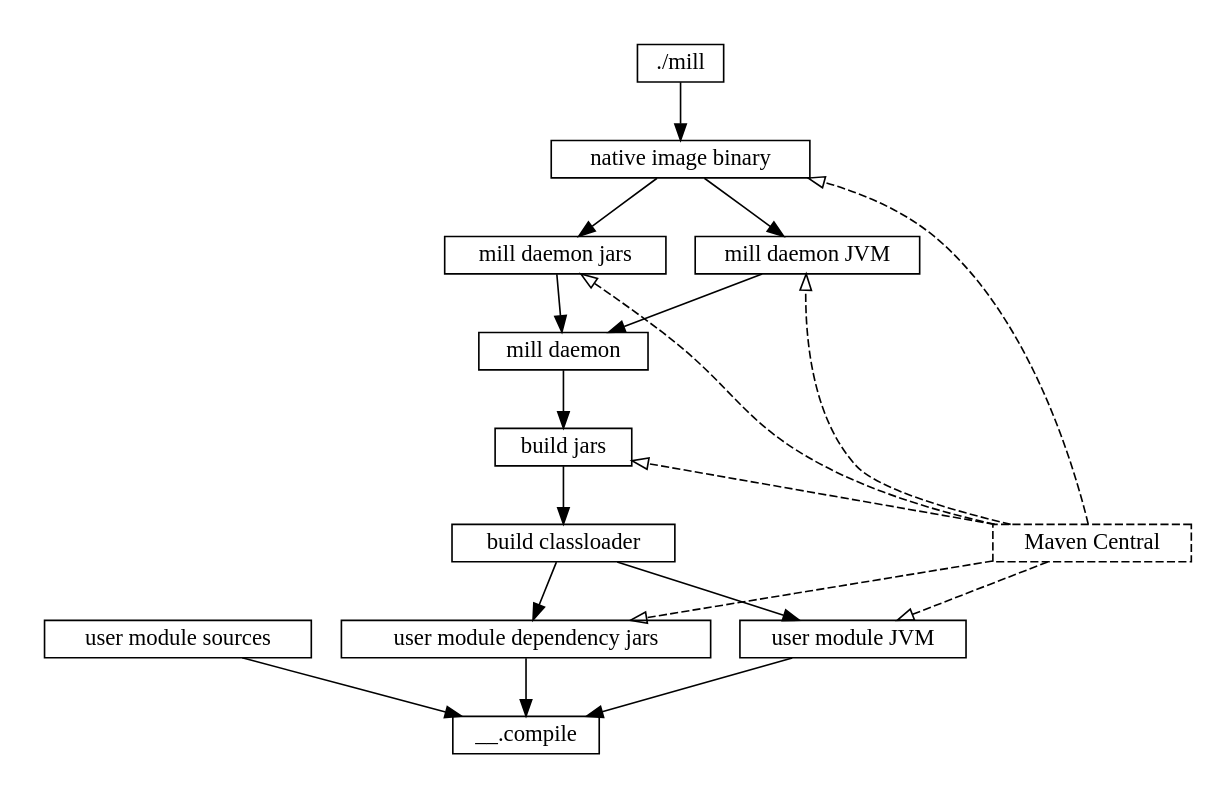
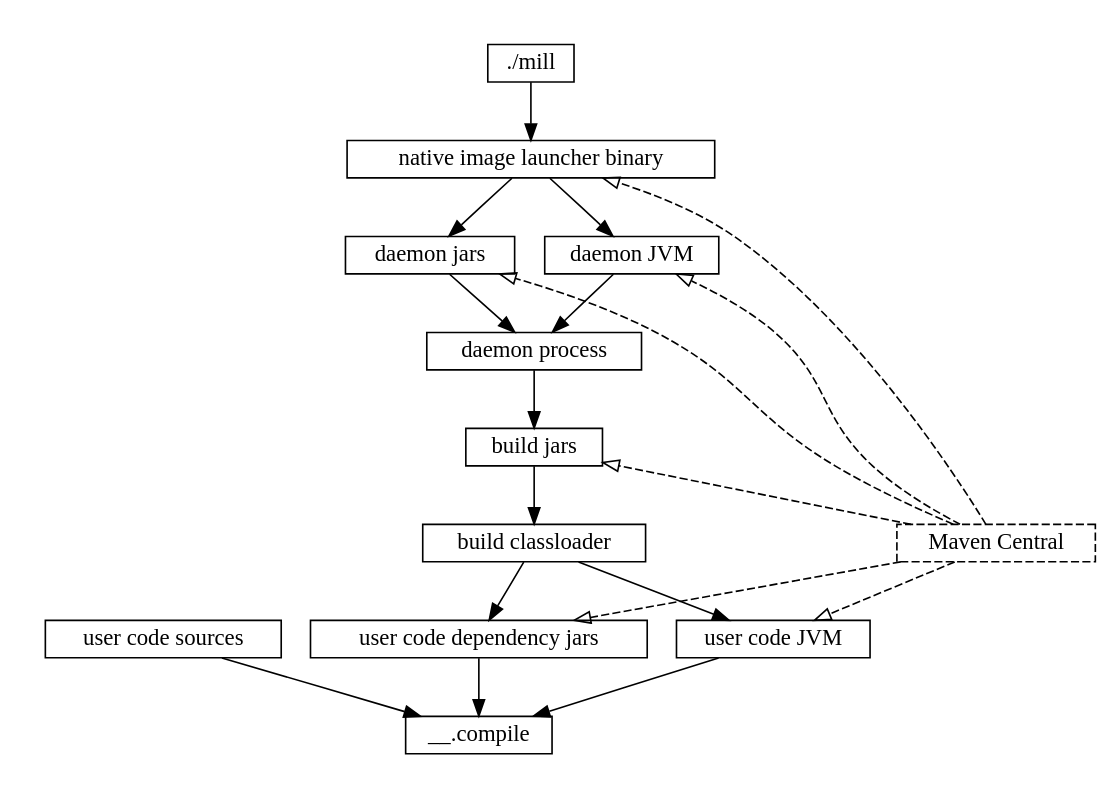
One commit to com-lihaoyi/mill changed the diagram in website/blog/modules/ROOT/pages/16-zero-install.adoc. Above: the diagram before and after it, drawn with Graphviz. The commit also changed other lines of this file, not shown here.

````diff
--- a/website/blog/modules/ROOT/pages/16-zero-install.adoc
+++ b/website/blog/modules/ROOT/pages/16-zero-install.adoc
@@ -239,24 +244,24 @@
 ```graphviz
 digraph G {
   node [shape=box width=0 height=0 style=filled fillcolor=white]
   subgraph cluster0{
     color=white
 
-    "./mill" -> "native image binary" -> "mill daemon jars" -> "mill daemon" -> "build jars" -> "build classloader" -> "user module dependency jars"
-    "native image binary" -> "mill daemon JVM" -> "mill daemon"
-    "build classloader" -> "user module JVM"
+    "./mill" -> "native image launcher binary" -> "daemon jars" -> "daemon process" -> "build jars" -> "build classloader" -> "user code dependency jars"
+    "native image launcher binary" -> "daemon JVM" -> "daemon process"
+    "build classloader" -> "user code JVM"
 
-    "user module JVM" -> "__.compile"
-    "user module dependency jars" -> "__.compile"
-    "user module sources" -> "__.compile"
+    "user code JVM" -> "__.compile"
+    "user code dependency jars" -> "__.compile"
+    "user code sources" -> "__.compile"
   }
 
   "Maven Central" [style=dashed]
-  "Maven Central" -> "native image binary" [style=dashed arrowhead=empty weight=0]
-  "Maven Central" -> "mill daemon jars" [style=dashed arrowhead=empty weight=0]
-  "Maven Central" -> "mill daemon JVM" [style=dashed arrowhead=empty weight=0]
+  "Maven Central" -> "native image launcher binary" [style=dashed arrowhead=empty weight=0]
+  "Maven Central" -> "daemon jars" [style=dashed arrowhead=empty weight=0]
+  "Maven Central" -> "daemon JVM" [style=dashed arrowhead=empty weight=0]
   "Maven Central" -> "build jars" [style=dashed arrowhead=empty weight=0]
-  "Maven Central" -> "user module dependency jars" [style=dashed arrowhead=empty weight=0]
-  "Maven Central" -> "user module JVM" [style=dashed arrowhead=empty weight=0]
+  "Maven Central" -> "user code dependency jars" [style=dashed arrowhead=empty weight=0]
+  "Maven Central" -> "user code JVM" [style=dashed arrowhead=empty weight=0]
  }
 ```
````
